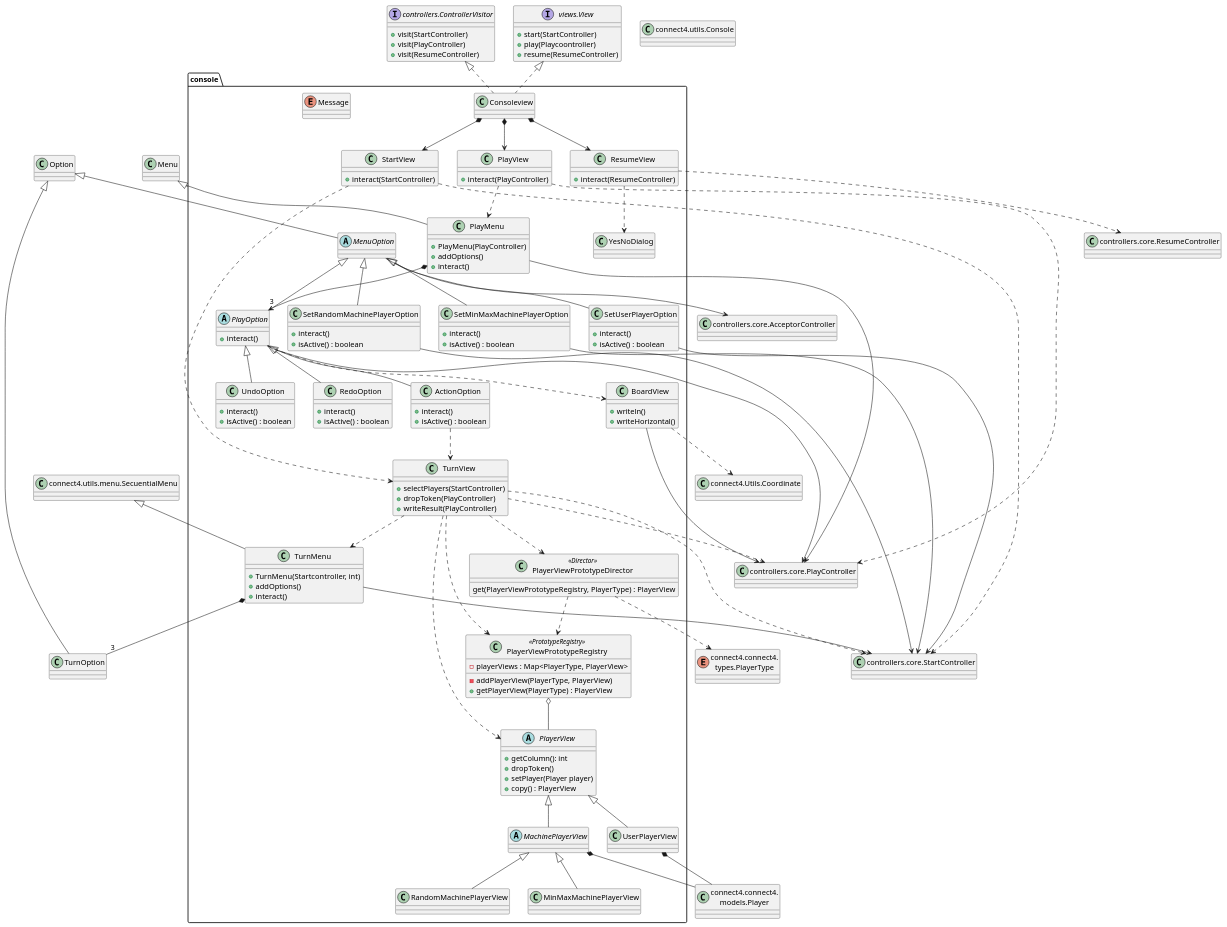
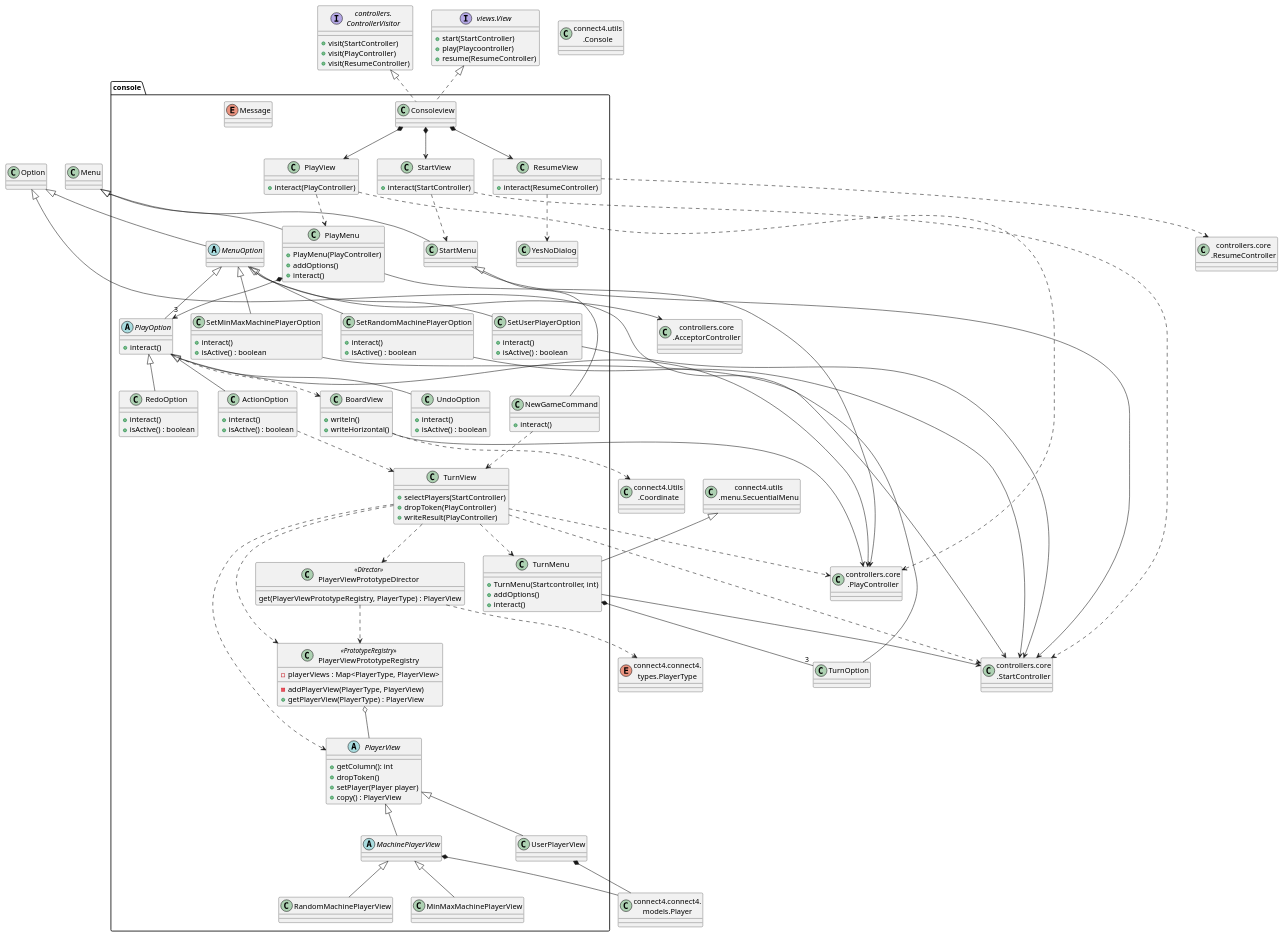
One commit to js-rom/connect4 changed the diagram in connect4/Docs/diagrams/src/packages/connect4.connect4.views.console.plantuml. Above: the diagram before and after it, drawn with PlantUML. The commit also changed 1 other file, not shown here.

Commit message:
docs: update console class and package diagrams #8

```diff
--- a/connect4/Docs/diagrams/src/packages/connect4.connect4.views.console.plantuml
+++ b/connect4/Docs/diagrams/src/packages/connect4.connect4.views.console.plantuml
@@ -70,10 +70,10 @@
     -addPlayerView(PlayerType, PlayerView)
     +getPlayerView(PlayerType) : PlayerView
 }
-class StartController as "controllers.core.StartController"
-class PlayController as "controllers.core.PlayController"
-class ResumeController as "controllers.core.ResumeController"
-class AcceptorController as "controllers.core.AcceptorController"
+class StartController as "controllers.core\n.StartController"
+class PlayController as "controllers.core\n.PlayController"
+class ResumeController as "controllers.core\n.ResumeController"
+class AcceptorController as "controllers.core\n.AcceptorController"
 
 interface View as "views.View"{
     +start(StartController)
@@ -81,7 +81,7 @@
     +resume(ResumeController)
 }
 
-interface ControllerVisitor as "controllers.ControllerVisitor" {
+interface ControllerVisitor as "controllers.\nControllerVisitor" {
     +visit(StartController)
     +visit(PlayController)
     +visit(ResumeController)
@@ -114,6 +114,18 @@
 abstract class console.MenuOption {
 }
 
+class console.StartMenu {
+}
+
+class console.NewGameCommand {
+    +interact()
+}
+
+Menu <|-- StartMenu
+StartMenu <|-- NewGameCommand
+StartMenu --> StartController
+NewGameCommand ..> TurnView
+
 Option <|-- MenuOption
 MenuOption <|-- PlayOption
 MenuOption --> AcceptorController
@@ -128,7 +140,7 @@
 PlayView ..> PlayController
 ResumeView ..> ResumeController
 
-StartView ..> TurnView
+StartView ..> StartMenu
 
 Menu <|-- PlayMenu
 PlayOption --> PlayController
@@ -167,11 +179,11 @@
 PlayerViewPrototypeDirector ..> PlayerViewPrototypeRegistry
 PlayerViewPrototypeRegistry o-- PlayerView
 
-class Option as "connect4.utils.menu.Option"
-class SecuentialMenu as "connect4.utils.menu.SecuentialMenu"
-class Menu as "connect4.utils.menu.Menu"
-class Coordinate as "connect4.Utils.Coordinate"
-class Console as "connect4.utils.Console"
+class Option as "connect4.utils\n.menu.Option"
+class SecuentialMenu as "connect4.utils\n.menu.SecuentialMenu"
+class Menu as "connect4.utils\n.menu.Menu"
+class Coordinate as "connect4.Utils\n.Coordinate"
+class Console as "connect4.utils\n.Console"
 class Player as "connect4.connect4.\nmodels.Player"
 enum PlayerType as "connect4.connect4.\ntypes.PlayerType"
 
```
